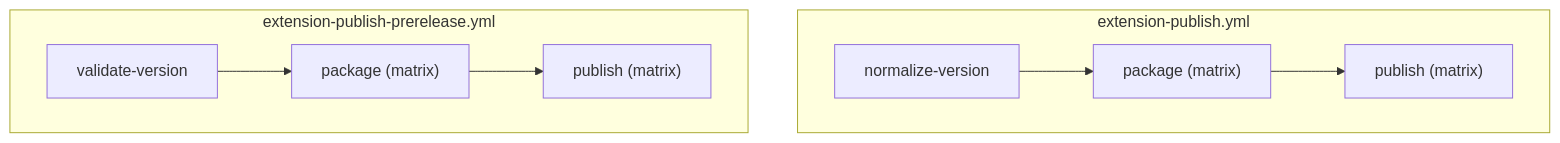
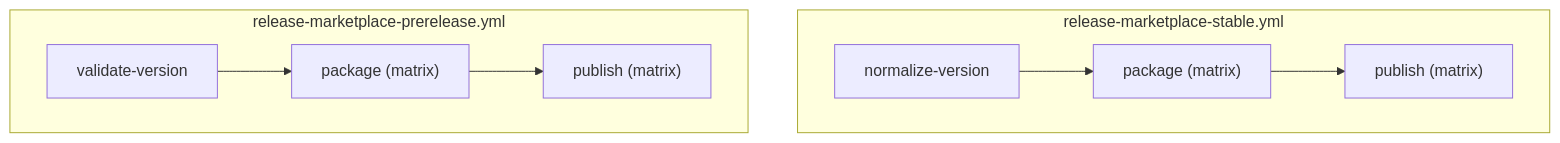
One commit to beragowhere/hve-core-adapted changed the fourth of 4 diagrams in docs/architecture/workflows.md. Above: the diagram before and after it, drawn with Mermaid. The commit also changed other lines of this file and 12 other files, not shown here.

````diff
--- a/docs/architecture/workflows.md
+++ b/docs/architecture/workflows.md
@@ -225,11 +225,11 @@
 ```mermaid
 flowchart TD
-    subgraph Stable["extension-publish.yml"]
+    subgraph Stable["release-marketplace-stable.yml"]
         NV[normalize-version] --> PKG1["package (matrix)"]
         PKG1 --> PUB1["publish (matrix)"]
     end
-    subgraph PreRelease["extension-publish-prerelease.yml"]
+    subgraph PreRelease["release-marketplace-prerelease.yml"]
         VV[validate-version] --> PKG2["package (matrix)"]
         PKG2 --> PUB2["publish (matrix)"]
     end
 ```
````
